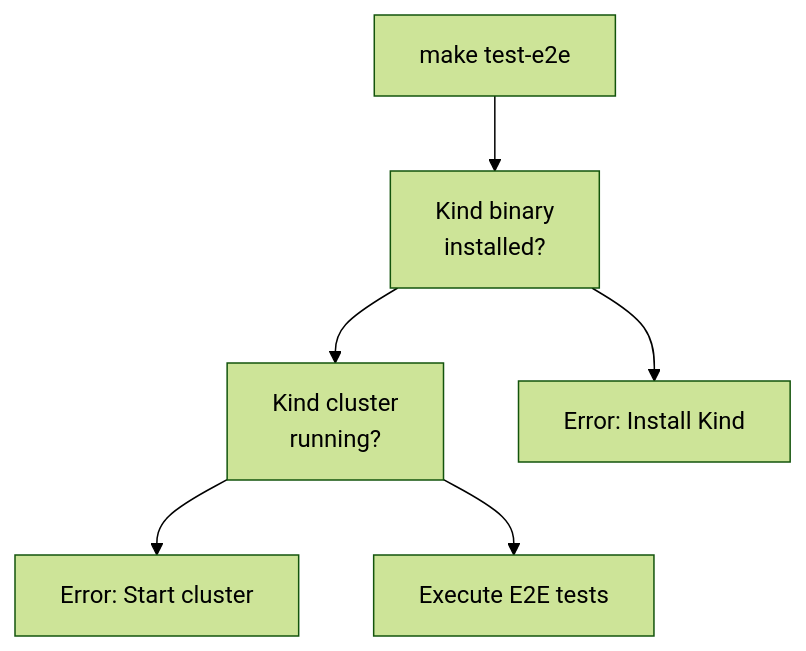
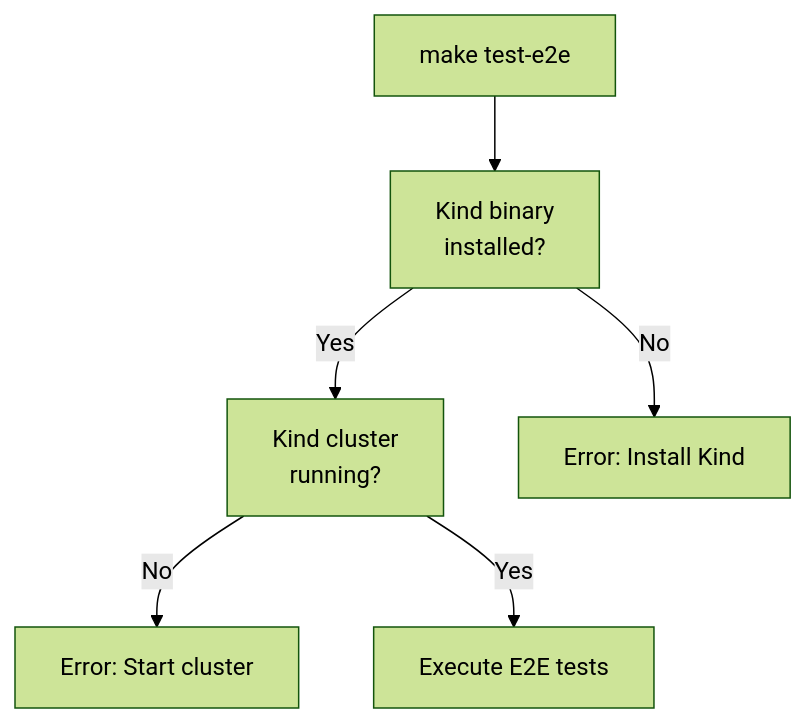
The third of 6 diagrams in docs/deepwiki/Testing.md (openchoreo/openchoreo), drawn with Mermaid (forest theme) before and after one commit. The commit also changed 85 other files, not shown here.

Commit message:
feat: Add new workflow and specification templates, update Helm chart dependencies, and clarify documentation diagrams.

````diff
--- a/docs/deepwiki/Testing.md
+++ b/docs/deepwiki/Testing.md
@@ -235,16 +235,16 @@
 ```mermaid
 flowchart TD
 
 Start["make test-e2e"]
 CheckKind["Kind binary<br>installed?"]
 CheckCluster["Kind cluster<br>running?"]
 RunTests["Execute E2E tests"]
 ErrorKind["Error: Install Kind"]
 ErrorCluster["Error: Start cluster"]
 
 Start --> CheckKind
-CheckKind --> ErrorKind
-CheckKind --> CheckCluster
-CheckCluster --> ErrorCluster
-CheckCluster --> RunTests
+CheckKind -->|"No"| ErrorKind
+CheckKind -->|"Yes"| CheckCluster
+CheckCluster -->|"No"| ErrorCluster
+CheckCluster -->|"Yes"| RunTests
 ```
````
